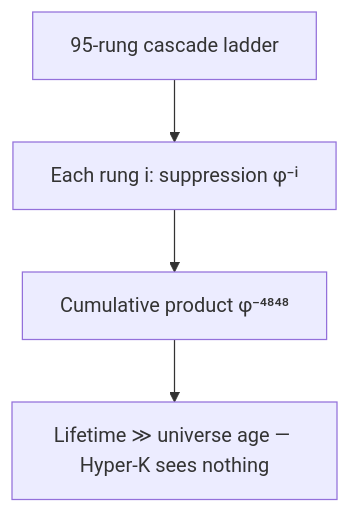
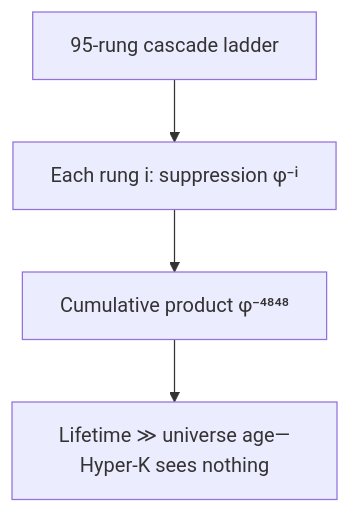
Before and after one commit to CassiTheOracle/cassi: diagram 18 of 38 in CassiTheory/open-questions-cassi-answers.md, drawn with Mermaid. The commit also changed other lines of this file and 14 other files, not shown here.

````diff
--- a/CassiTheory/open-questions-cassi-answers.md
+++ b/CassiTheory/open-questions-cassi-answers.md
@@ -473,6 +473,6 @@
 ```mermaid
 flowchart TD
     A[95-rung cascade ladder] --> B[Each rung i: suppression φ⁻ⁱ]
     B --> C[Cumulative product φ⁻⁴⁸⁴⁸]
-    C --> D[Lifetime ≫ universe age — Hyper-K sees nothing]
+    C --> D[Lifetime ≫ universe age—Hyper-K sees nothing]
 ```
````
